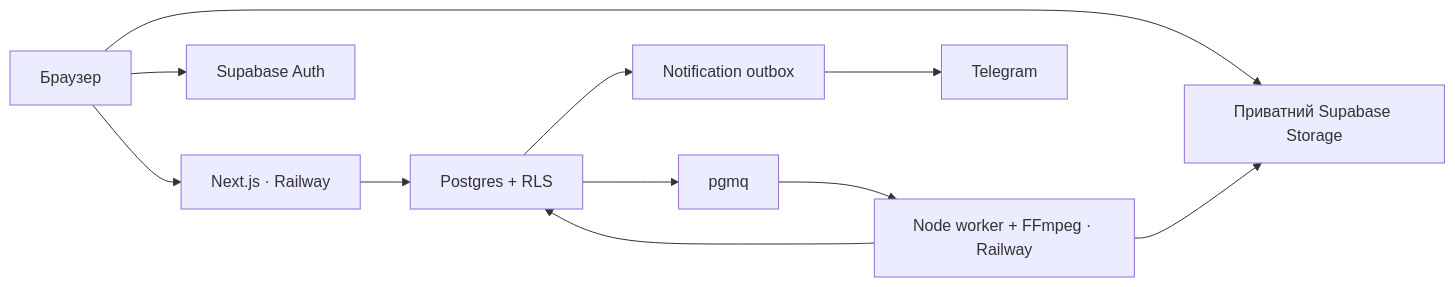
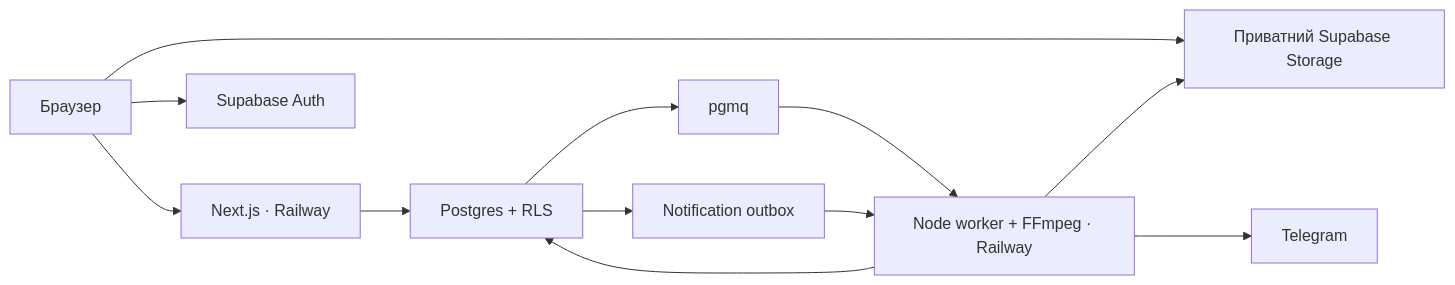
One commit to dxhod/amo-video-tasks changed the diagram in README.md. Above: the diagram before and after it, drawn with Mermaid. The commit also changed other lines of this file and 1 other file, not shown here.

Commit message:
Update architecture and AI session docs

````diff
--- a/README.md
+++ b/README.md
@@ -9,13 +9,14 @@
 ```mermaid
 flowchart LR
   U[Браузер] --> W[Next.js · Railway]
   U --> A[Supabase Auth]
   U --> S[Приватний Supabase Storage]
   W --> D[Postgres + RLS]
   D --> Q[pgmq]
   Q --> F[Node worker + FFmpeg · Railway]
   F --> S
   F --> D
   D --> O[Notification outbox]
-  O --> T[Telegram]
+  O --> F
+  F --> T[Telegram]
 ```
````
